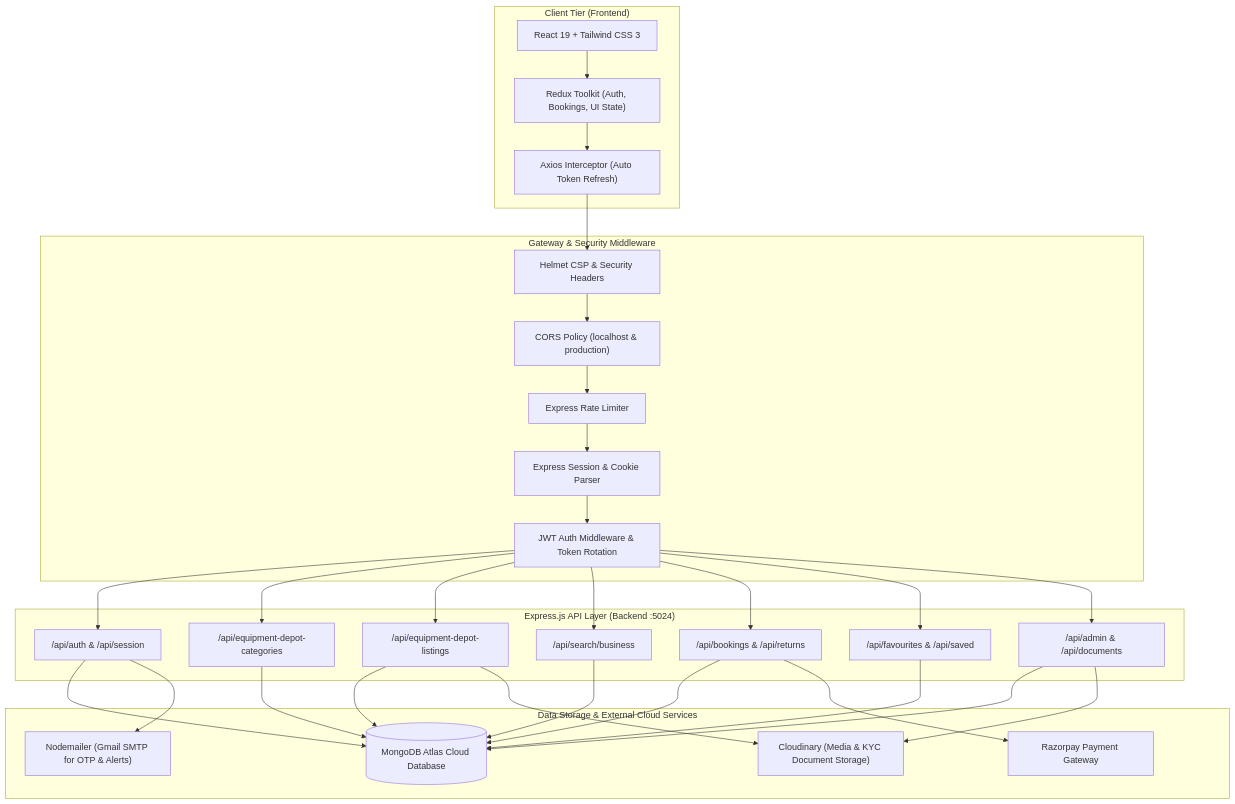
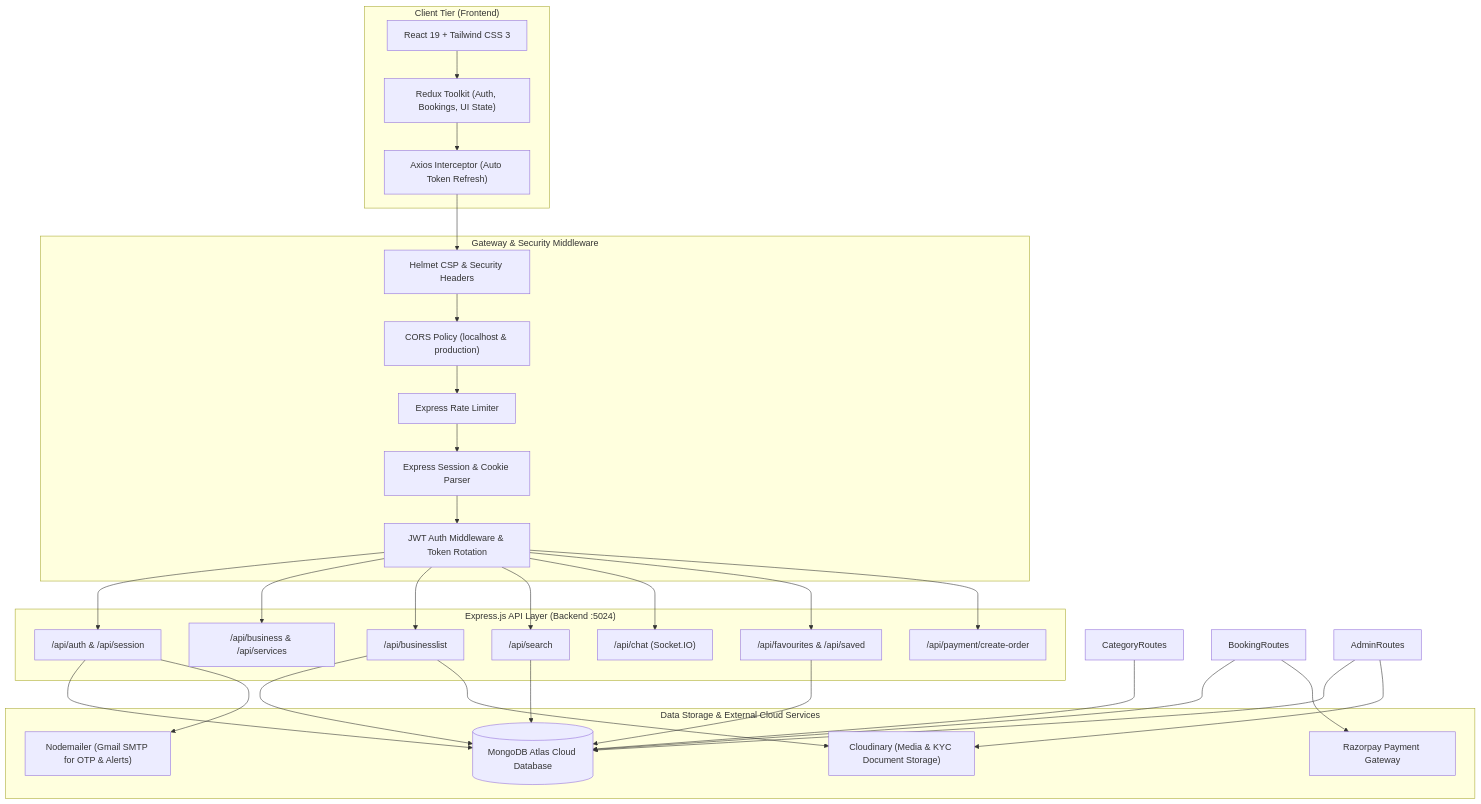
Before and after one commit to muthukumar9360/Servizhub: the first of 4 diagrams in README.md, drawn with Mermaid. The commit also changed other lines of this file and 112 other files, not shown here.

````diff
--- a/README.md
+++ b/README.md
@@ -61,62 +61,62 @@
 ```mermaid
 graph TD
     subgraph ClientTier["Client Tier (Frontend)"]
         UI["React 19 + Tailwind CSS 3"]
         Redux["Redux Toolkit (Auth, Bookings, UI State)"]
         Axios["Axios Interceptor (Auto Token Refresh)"]
         UI --> Redux
         Redux --> Axios
     end
 
     subgraph SecurityTier["Gateway & Security Middleware"]
         Helmet["Helmet CSP & Security Headers"]
         Cors["CORS Policy (localhost & production)"]
         RateLimit["Express Rate Limiter"]
         Session["Express Session & Cookie Parser"]
         AuthMid["JWT Auth Middleware & Token Rotation"]
     end
 
     subgraph APITier["Express.js API Layer (Backend :5024)"]
         AuthRoutes["/api/auth & /api/session"]
-        CategoryRoutes["/api/equipment-depot-categories"]
-        ListingRoutes["/api/equipment-depot-listings"]
-        SearchRoutes["/api/search/business"]
-        BookingRoutes["/api/bookings & /api/returns"]
+        BusinessRoutes["/api/business & /api/services"]
+        ListingRoutes["/api/businesslist"]
+        SearchRoutes["/api/search"]
+        ChatRoutes["/api/chat (Socket.IO)"]
         InteractRoutes["/api/favourites & /api/saved"]
-        AdminRoutes["/api/admin & /api/documents"]
+        PaymentRoutes["/api/payment/create-order"]
     end
 
     subgraph DataTier["Data Storage & External Cloud Services"]
         MongoDB[("MongoDB Atlas Cloud Database")]
         Cloudinary["Cloudinary (Media & KYC Document Storage)"]
         GmailSMTP["Nodemailer (Gmail SMTP for OTP & Alerts)"]
         Razorpay["Razorpay Payment Gateway"]
     end
 
     Axios --> Helmet
     Helmet --> Cors
     Cors --> RateLimit
     RateLimit --> Session
     Session --> AuthMid
 
     AuthMid --> AuthRoutes
-    AuthMid --> CategoryRoutes
+    AuthMid --> BusinessRoutes
     AuthMid --> ListingRoutes
     AuthMid --> SearchRoutes
-    AuthMid --> BookingRoutes
+    AuthMid --> ChatRoutes
     AuthMid --> InteractRoutes
-    AuthMid --> AdminRoutes
+    AuthMid --> PaymentRoutes
 
     AuthRoutes --> MongoDB
     CategoryRoutes --> MongoDB
     ListingRoutes --> MongoDB
     SearchRoutes --> MongoDB
     BookingRoutes --> MongoDB
     InteractRoutes --> MongoDB
     AdminRoutes --> MongoDB
 
     ListingRoutes --> Cloudinary
     AdminRoutes --> Cloudinary
     AuthRoutes --> GmailSMTP
     BookingRoutes --> Razorpay
 ```
````
